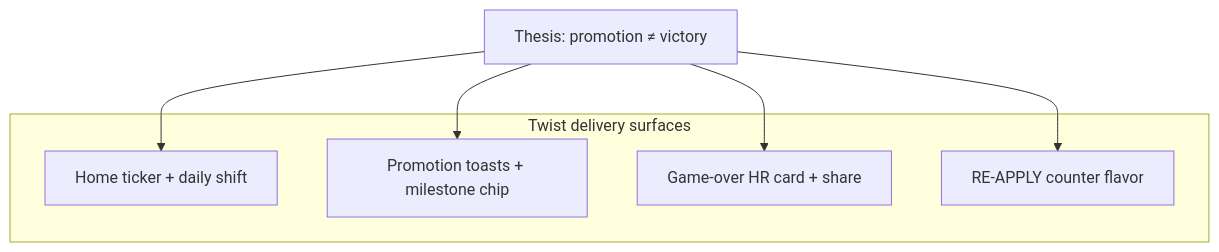
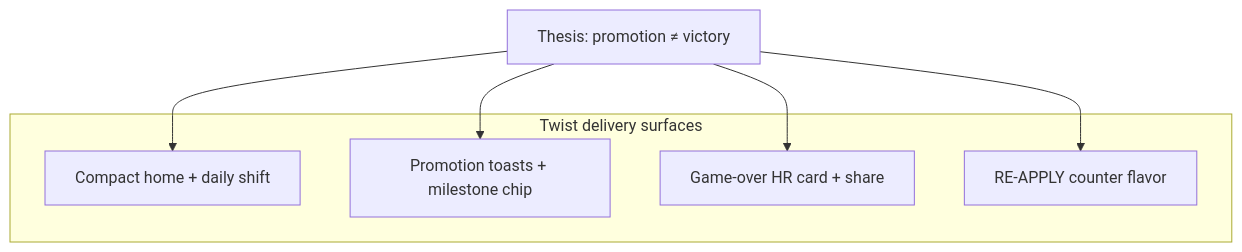
The diagram in ROADMAP.md (DITreneris/ladder), drawn with Mermaid before and after one commit. The commit also changed other lines of this file and 17 other files, not shown here.

First line of the commit message:
Ship v1.8.1 — Telegram mobile polish and ROADMAP sync.

````diff
--- a/ROADMAP.md
+++ b/ROADMAP.md
@@ -28,14 +28,14 @@
 ```mermaid
 flowchart TB
   subgraph surfaces [Twist delivery surfaces]
-    Home[Home ticker + daily shift]
+    Home[Compact home + daily shift]
     Run[Promotion toasts + milestone chip]
     Death[Game-over HR card + share]
     Retry[RE-APPLY counter flavor]
   end
   Thesis["Thesis: promotion ≠ victory"]
   Thesis --> Home
   Thesis --> Run
   Thesis --> Death
   Thesis --> Retry
 ```
````
